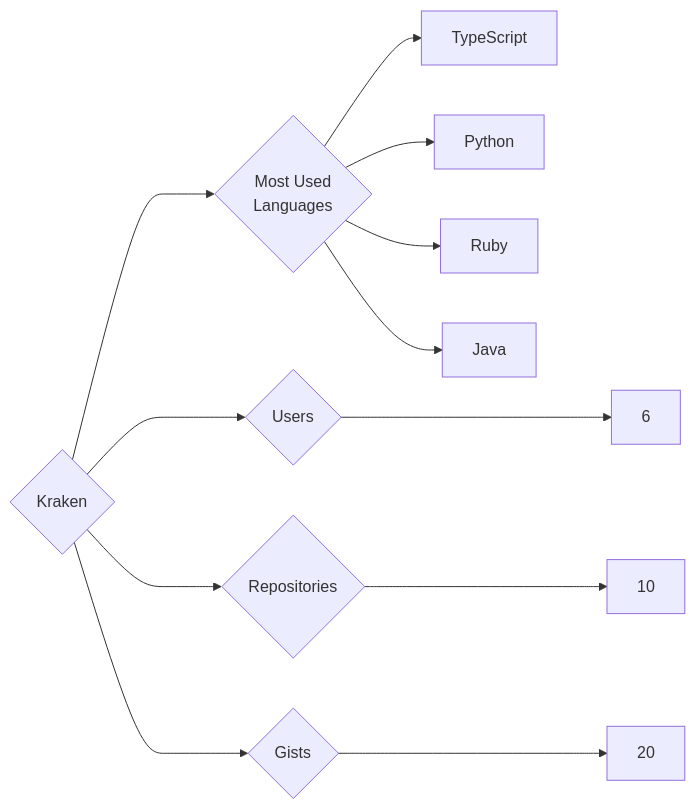
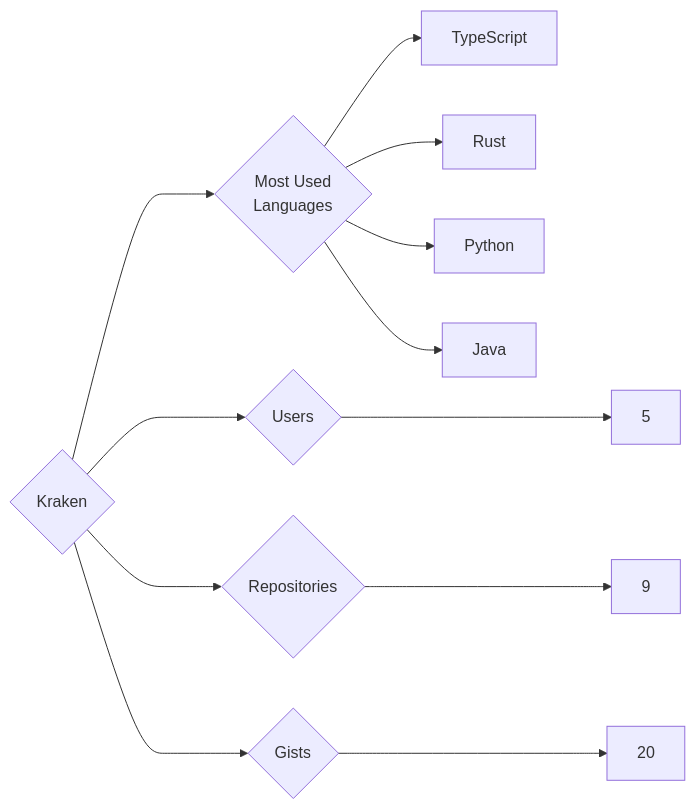
The diagram in targets/Kraken/README.md (trickest/insiders), drawn with Mermaid before and after one commit. The commit also changed 1496 other files, not shown here.

````diff
--- a/targets/Kraken/README.md
+++ b/targets/Kraken/README.md
@@ -3,12 +3,12 @@
 ```mermaid
 graph LR
 COMPANY_NAME{Kraken}
-COMPANY_NAME ---> U{Users} ---> UN[6]
-COMPANY_NAME ---> R{Repositories} ---> RN[10]
+COMPANY_NAME ---> U{Users} ---> UN[5]
+COMPANY_NAME ---> R{Repositories} ---> RN[9]
 COMPANY_NAME ---> G{Gists} ---> GN[20]
 COMPANY_NAME ---> ML{Most Used<br>Languages}
 ML --> TypeScript[TypeScript]
+ML --> Rust[Rust]
 ML --> Python[Python]
-ML --> Ruby[Ruby]
 ML --> Java[Java]
 ```
````
